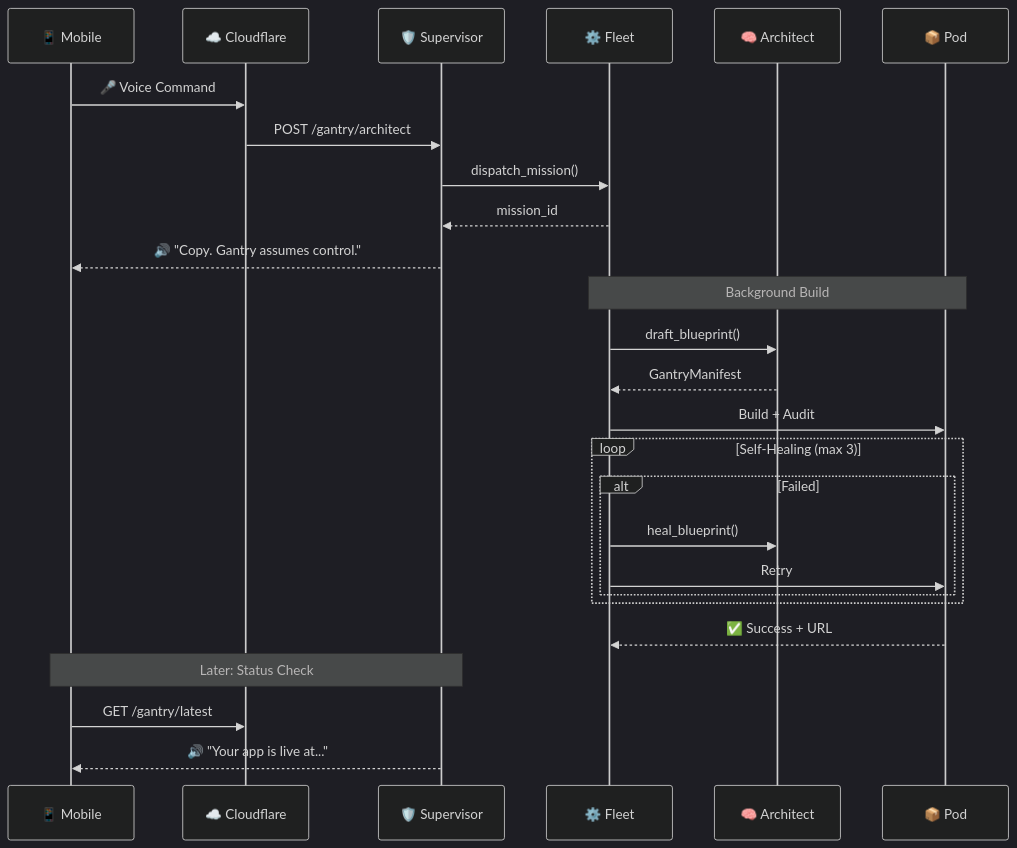
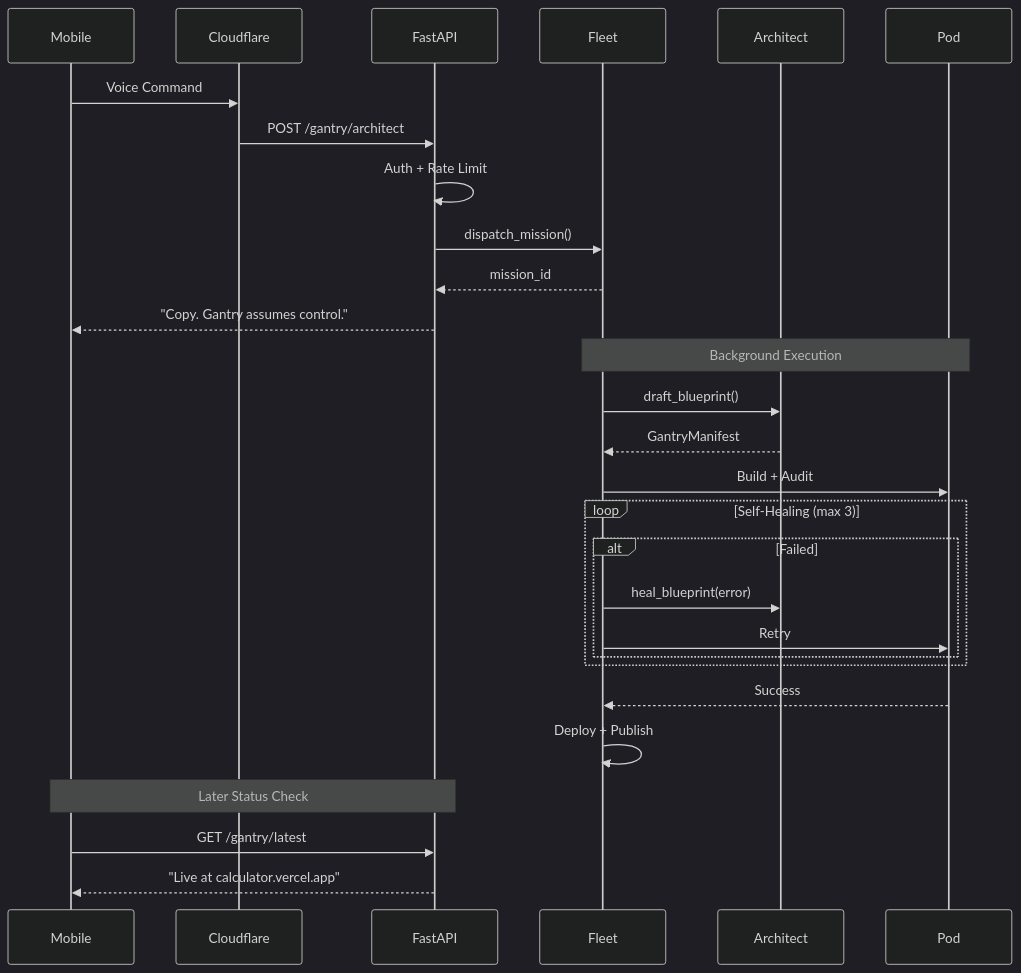
One commit to Jarvis2021/gantry changed the third of 3 diagrams in ARCHITECTURE.md. Above: the diagram before and after it, drawn with Mermaid (dark theme). The commit also changed other lines of this file and 17 other files, not shown here.

Commit message:
architect improvements

````diff
--- a/ARCHITECTURE.md
+++ b/ARCHITECTURE.md
@@ -154,34 +191,36 @@
 ```mermaid
 sequenceDiagram
-    participant Phone as 📱 Mobile
-    participant Tunnel as ☁️ Cloudflare
-    participant API as 🛡️ Supervisor
-    participant Fleet as ⚙️ Fleet
-    participant Architect as 🧠 Architect
-    participant Pod as 📦 Pod
+    participant Phone as Mobile
+    participant Tunnel as Cloudflare
+    participant API as FastAPI
+    participant Fleet as Fleet
+    participant AI as Architect
+    participant Pod as Pod
 
-    Phone->>Tunnel: 🎤 Voice Command
+    Phone->>Tunnel: Voice Command
     Tunnel->>API: POST /gantry/architect
+    API->>API: Auth + Rate Limit
     API->>Fleet: dispatch_mission()
     Fleet-->>API: mission_id
-    API-->>Phone: 🔊 "Copy. Gantry assumes control."
+    API-->>Phone: "Copy. Gantry assumes control."
     
-    Note over Fleet,Pod: Background Build
+    Note over Fleet,Pod: Background Execution
     
-    Fleet->>Architect: draft_blueprint()
-    Architect-->>Fleet: GantryManifest
+    Fleet->>AI: draft_blueprint()
+    AI-->>Fleet: GantryManifest
     Fleet->>Pod: Build + Audit
     
     loop Self-Healing (max 3)
         alt Failed
-            Fleet->>Architect: heal_blueprint()
+            Fleet->>AI: heal_blueprint(error)
             Fleet->>Pod: Retry
         end
     end
     
-    Pod-->>Fleet: ✅ Success + URL
+    Pod-->>Fleet: Success
+    Fleet->>Fleet: Deploy + Publish
     
-    Note over Phone,API: Later: Status Check
-    Phone->>Tunnel: GET /gantry/latest
-    API-->>Phone: 🔊 "Your app is live at..."
+    Note over Phone,API: Later Status Check
+    Phone->>API: GET /gantry/latest
+    API-->>Phone: "Live at calculator.vercel.app"
 ```
````
